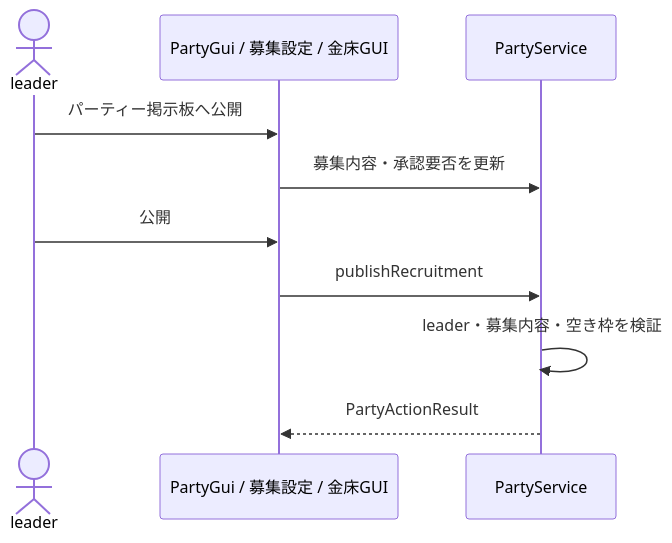
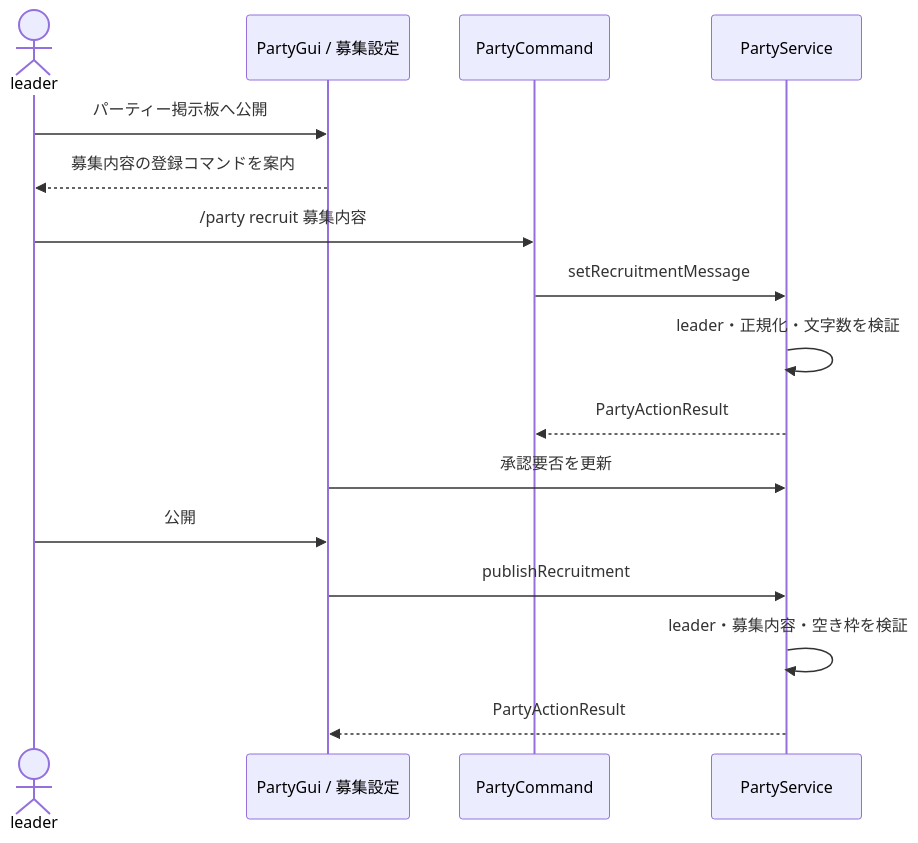
Before and after one commit to maaasu/AstralRecord-Workspace: the sixth of 7 diagrams in 00_docs/10_Plugin設計書/feature/19-party/19_4-統合フロー.md, drawn with Mermaid. The commit also changed other lines of this file and 17 other files, not shown here.

````diff
--- a/00_docs/10_Plugin設計書/feature/19-party/19_4-統合フロー.md
+++ b/00_docs/10_Plugin設計書/feature/19-party/19_4-統合フロー.md
@@ -173,12 +173,18 @@
 ```mermaid
 sequenceDiagram
     actor Leader as leader
-    participant Gui as PartyGui / 募集設定 / 金床GUI
+    participant Gui as PartyGui / 募集設定
+    participant Cmd as PartyCommand
     participant Party as PartyService
     Leader->>Gui: パーティー掲示板へ公開
-    Gui->>Party: 募集内容・承認要否を更新
+    Gui-->>Leader: 募集内容の登録コマンドを案内
+    Leader->>Cmd: /party recruit 募集内容
+    Cmd->>Party: setRecruitmentMessage
+    Party->>Party: leader・正規化・文字数を検証
+    Party-->>Cmd: PartyActionResult
+    Gui->>Party: 承認要否を更新
     Leader->>Gui: 公開
     Gui->>Party: publishRecruitment
     Party->>Party: leader・募集内容・空き枠を検証
     Party-->>Gui: PartyActionResult
 ```
````
